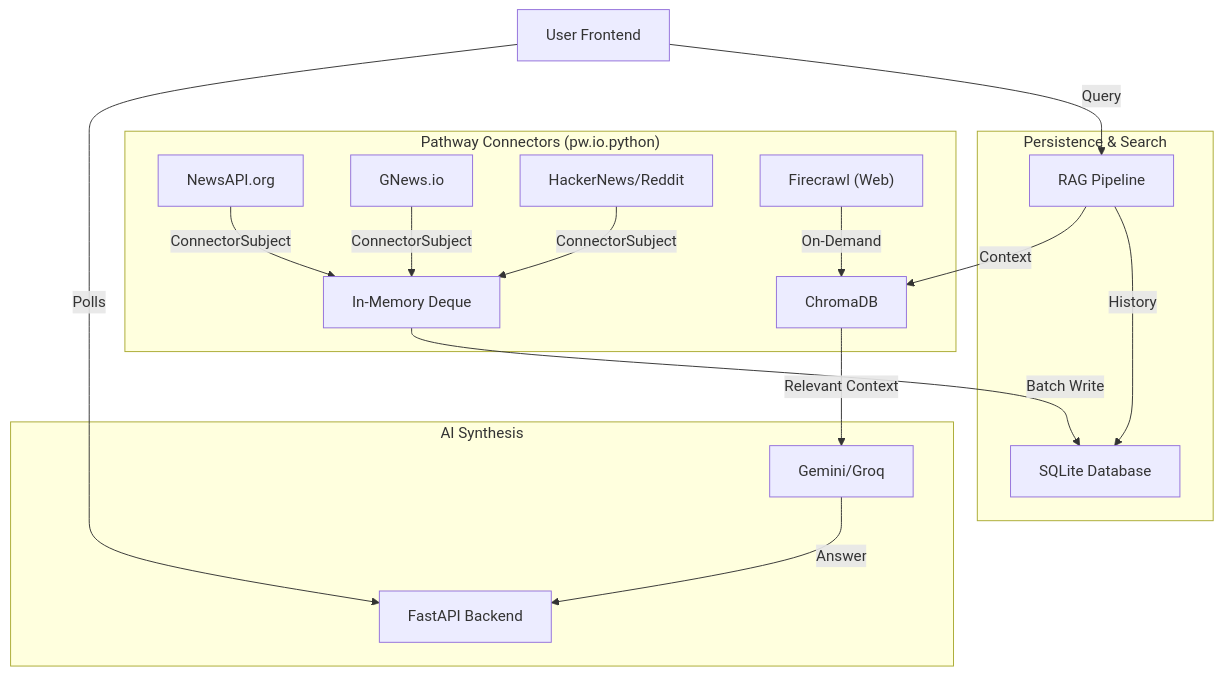
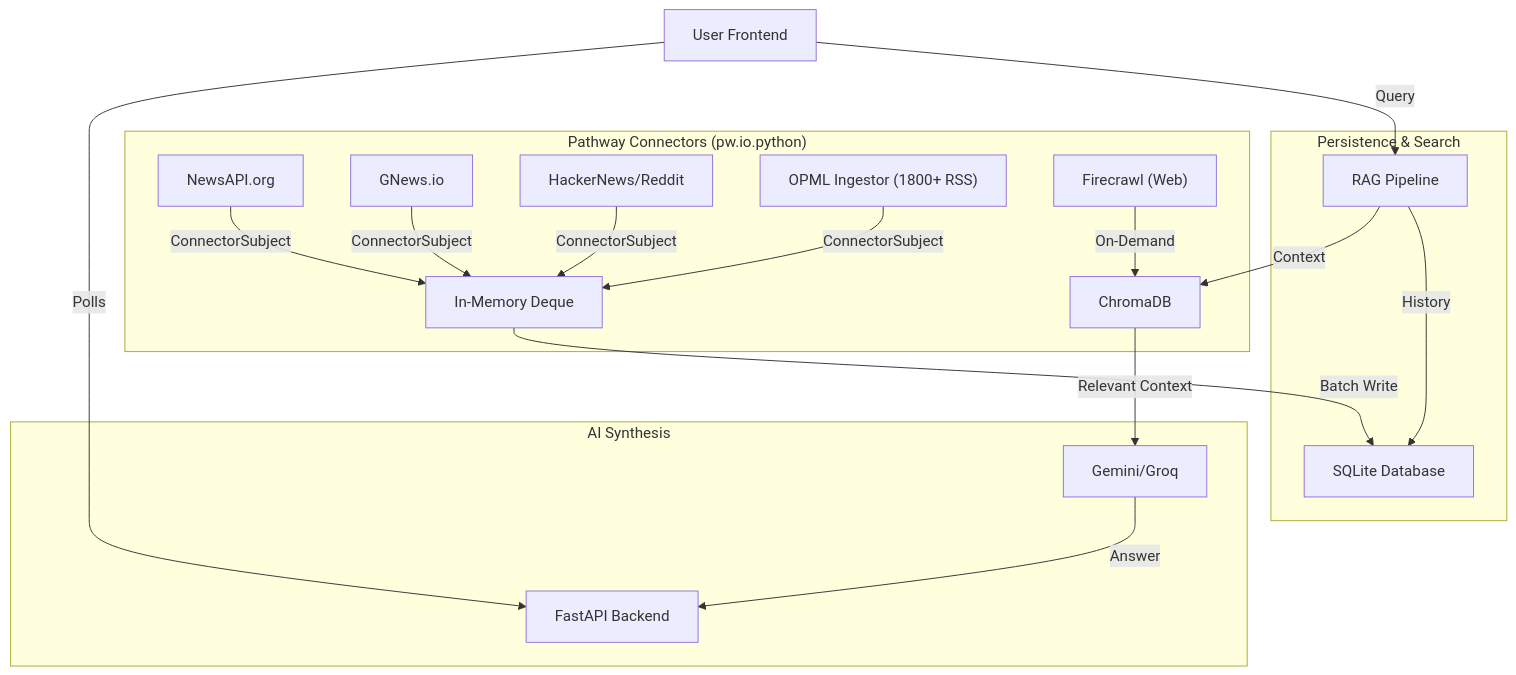
The diagram in README.md (atharvavdeo/LiveAnalyst_Pathway), drawn with Mermaid before and after one commit. The commit also changed other lines of this file and 4 other files, not shown here.

First line of the commit message:
feat: Add OPML Nuclear Ingestion (1800+ RSS feeds via Pathway)

````diff
--- a/README.md
+++ b/README.md
@@ -10,23 +10,24 @@
 ```mermaid
 graph TD
     User[User Frontend] -->|Polls| API[FastAPI Backend]
     User -->|Query| RAG[RAG Pipeline]
 
     subgraph "Pathway Connectors (pw.io.python)"
         NewsAPI[NewsAPI.org] -->|ConnectorSubject| Buffer[In-Memory Deque]
         GNews[GNews.io] -->|ConnectorSubject| Buffer
         Social["HackerNews/Reddit"] -->|ConnectorSubject| Buffer
+        OPML["OPML Ingestor (1800+ RSS)"] -->|ConnectorSubject| Buffer
         Firecrawl["Firecrawl (Web)"] -->|On-Demand| VectorStore
     end
 
     subgraph "Persistence & Search"
         Buffer -->|Batch Write| SQL[SQLite Database]
         RAG -->|Context| VectorStore[ChromaDB]
         RAG -->|History| SQL
     end
 
     subgraph "AI Synthesis"
         VectorStore -->|Relevant Context| LLM["Gemini/Groq"]
         LLM -->|Answer| API
     end
 ```
````
